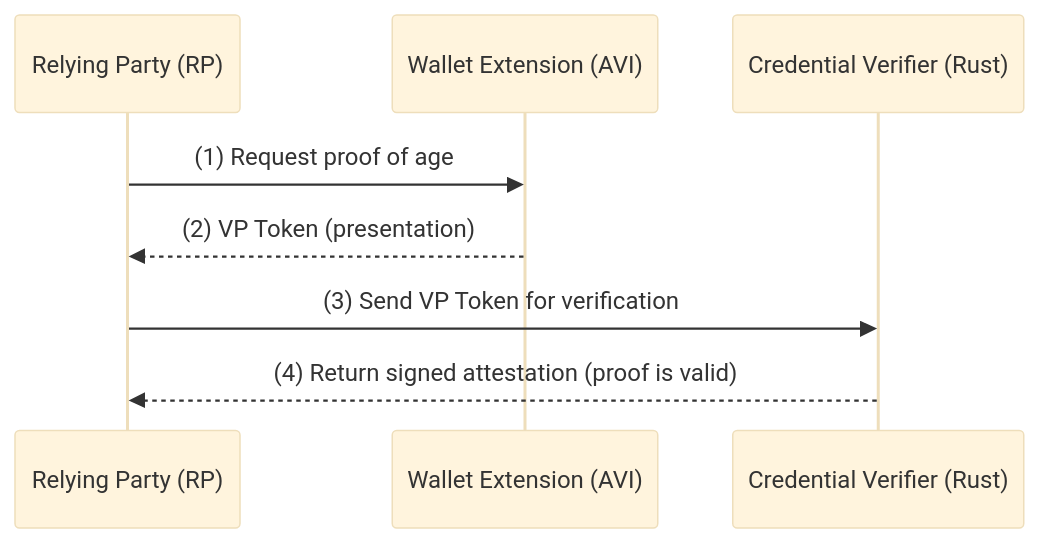
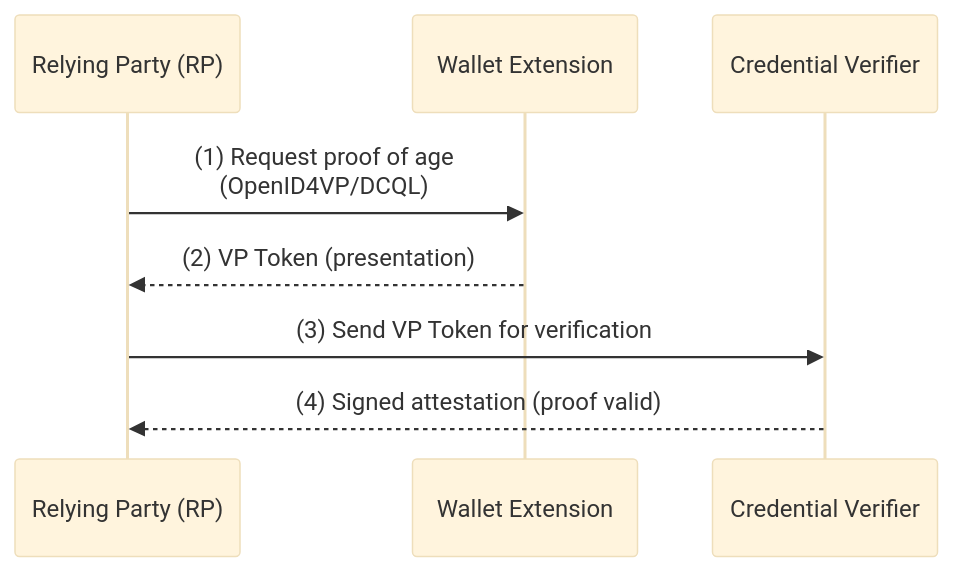
The diagram in README.md (rd-ewqwe/ewqwe-identity), drawn with Mermaid before and after one commit. The commit also changed other lines of this file and 92 other files, not shown here.

````diff
--- a/README.md
+++ b/README.md
@@ -95,11 +234,12 @@
 ```mermaid
 %%{init: {'theme': 'base', 'themeVariables': { 'background': '#ffffff' }}}%%
 sequenceDiagram
     participant RP as Relying Party (RP)
-    participant Wallet as Wallet Extension (AVI)
-    participant Verifier as Credential Verifier (Rust)
-    RP->>Wallet: (1) Request proof of age
+    participant Wallet as Wallet Extension
+    participant Verifier as Credential Verifier
+    
+    RP->>Wallet: (1) Request proof of age<br/>(OpenID4VP/DCQL)
     Wallet-->>RP: (2) VP Token (presentation)
     RP->>Verifier: (3) Send VP Token for verification
-    Verifier-->>RP: (4) Return signed attestation (proof is valid)
+    Verifier-->>RP: (4) Signed attestation (proof valid)
 ```
````
